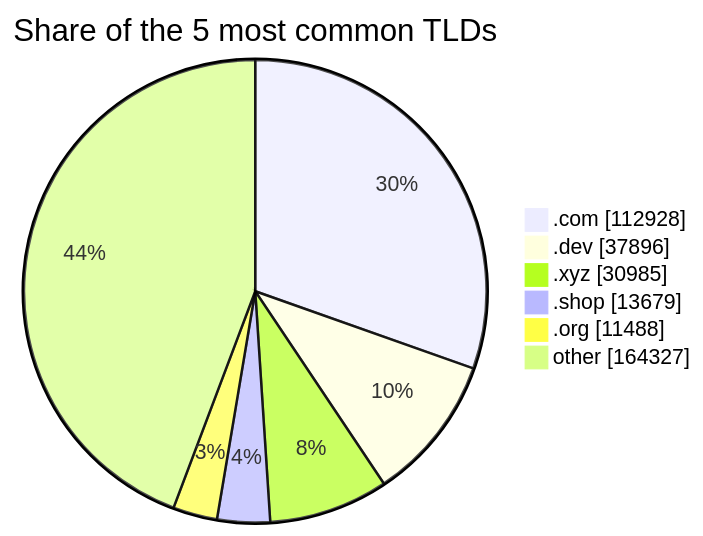
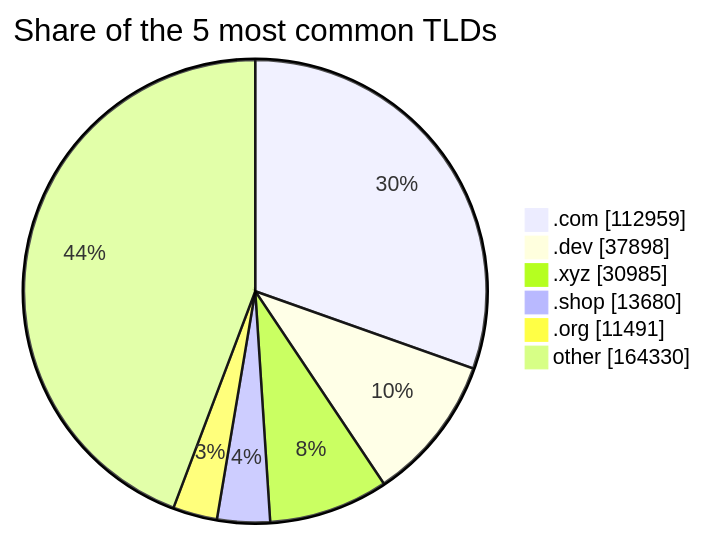
One commit to DNSBunker/CTI changed the third of 3 diagrams in README.md. Above: the diagram before and after it, drawn with Mermaid. The commit also changed other lines of this file and 3 other files, not shown here.

````diff
--- a/README.md
+++ b/README.md
@@ -81,9 +81,9 @@
 ```mermaid
 pie showData title Share of the 5 most common TLDs
-    ".com" : 112928
-    ".dev" : 37896
+    ".com" : 112959
+    ".dev" : 37898
     ".xyz" : 30985
-    ".shop" : 13679
-    ".org" : 11488
-    "other" : 164327
+    ".shop" : 13680
+    ".org" : 11491
+    "other" : 164330
 ```
````
